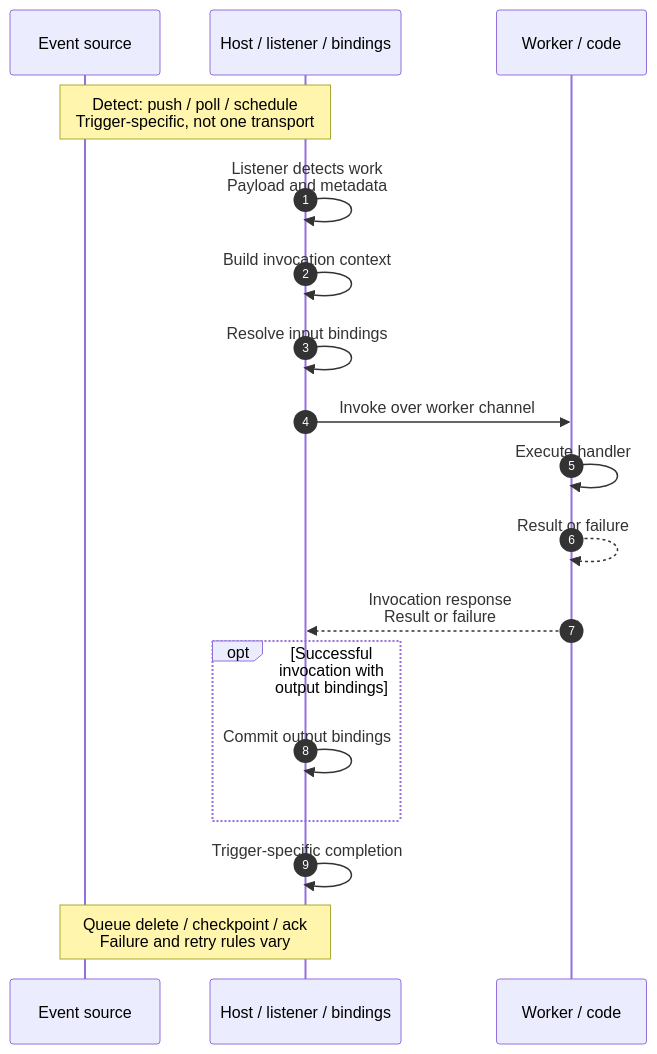
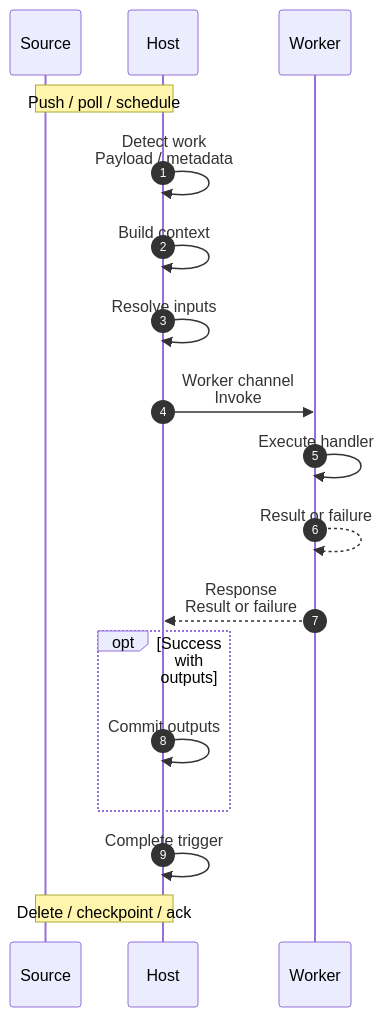
Before and after one commit to yeongseon/azure-functions-practical-guide: the fourth of 8 diagrams in docs/platform/architecture/index.md, drawn with Mermaid. The commit also changed other lines of this file, not shown here.

First line of the commit message:
docs(diagrams): restore mobile legibility with keyed role legends

````diff
--- a/docs/platform/architecture/index.md
+++ b/docs/platform/architecture/index.md
@@ -330,22 +356,23 @@
 ```mermaid
+%%{init: {'sequence': {'width': 70, 'actorMargin': 20, 'messageMargin': 20, 'noteMargin': 5, 'diagramMarginX': 5}}}%%
 sequenceDiagram
     accTitle: How do the host and worker complete an invocation?
     accDescr: Generic logical invocation with host-owned listener and bindings, and a worker executing code. Detection differs for push, polling and schedules. Result or failure returns to the host; successful output commits and trigger-specific completion are conditional, not universal queue deletion.
     autonumber
-    participant client as Event source
-    participant app_runtime as Host / listener / bindings
-    participant language_worker as Worker / code
-    Note over client,app_runtime: Detect: push / poll / schedule<br/>Trigger-specific, not one transport
-    app_runtime->>app_runtime: Listener detects work<br/>Payload and metadata
-    app_runtime->>app_runtime: Build invocation context
-    app_runtime->>app_runtime: Resolve input bindings
-    app_runtime->>language_worker: Invoke over worker channel
+    participant client as Source
+    participant app_runtime as Host
+    participant language_worker as Worker
+    Note over client,app_runtime: Push / poll / schedule
+    app_runtime->>app_runtime: Detect work<br/>Payload / metadata
+    app_runtime->>app_runtime: Build context
+    app_runtime->>app_runtime: Resolve inputs
+    app_runtime->>language_worker: Worker channel<br/>Invoke
     language_worker->>language_worker: Execute handler
     language_worker-->>language_worker: Result or failure
-    language_worker-->>app_runtime: Invocation response<br/>Result or failure
-    opt Successful invocation with output bindings
-        app_runtime->>app_runtime: Commit output bindings
+    language_worker-->>app_runtime: Response<br/>Result or failure
+    opt Success with outputs
+        app_runtime->>app_runtime: Commit outputs
     end
-    app_runtime->>app_runtime: Trigger-specific completion
-    Note over client,app_runtime: Queue delete / checkpoint / ack<br/>Failure and retry rules vary
+    app_runtime->>app_runtime: Complete trigger
+    Note over client,app_runtime: Delete / checkpoint / ack
 ```
````
